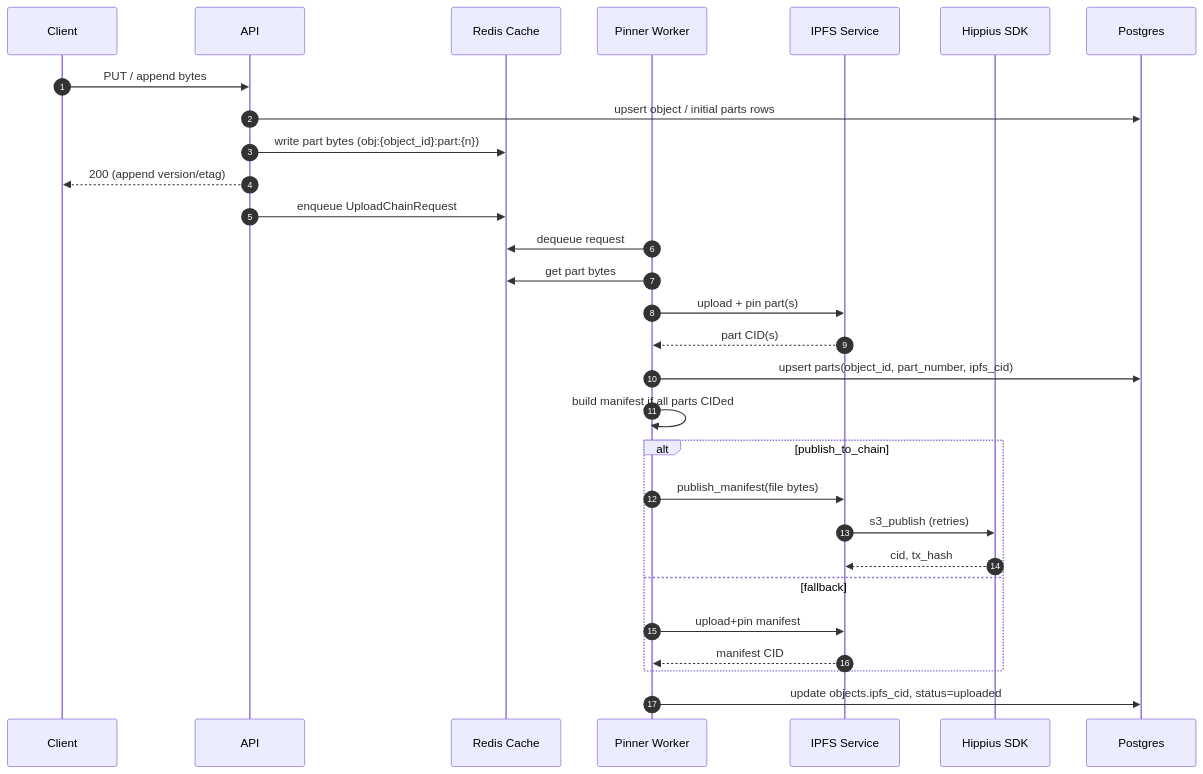
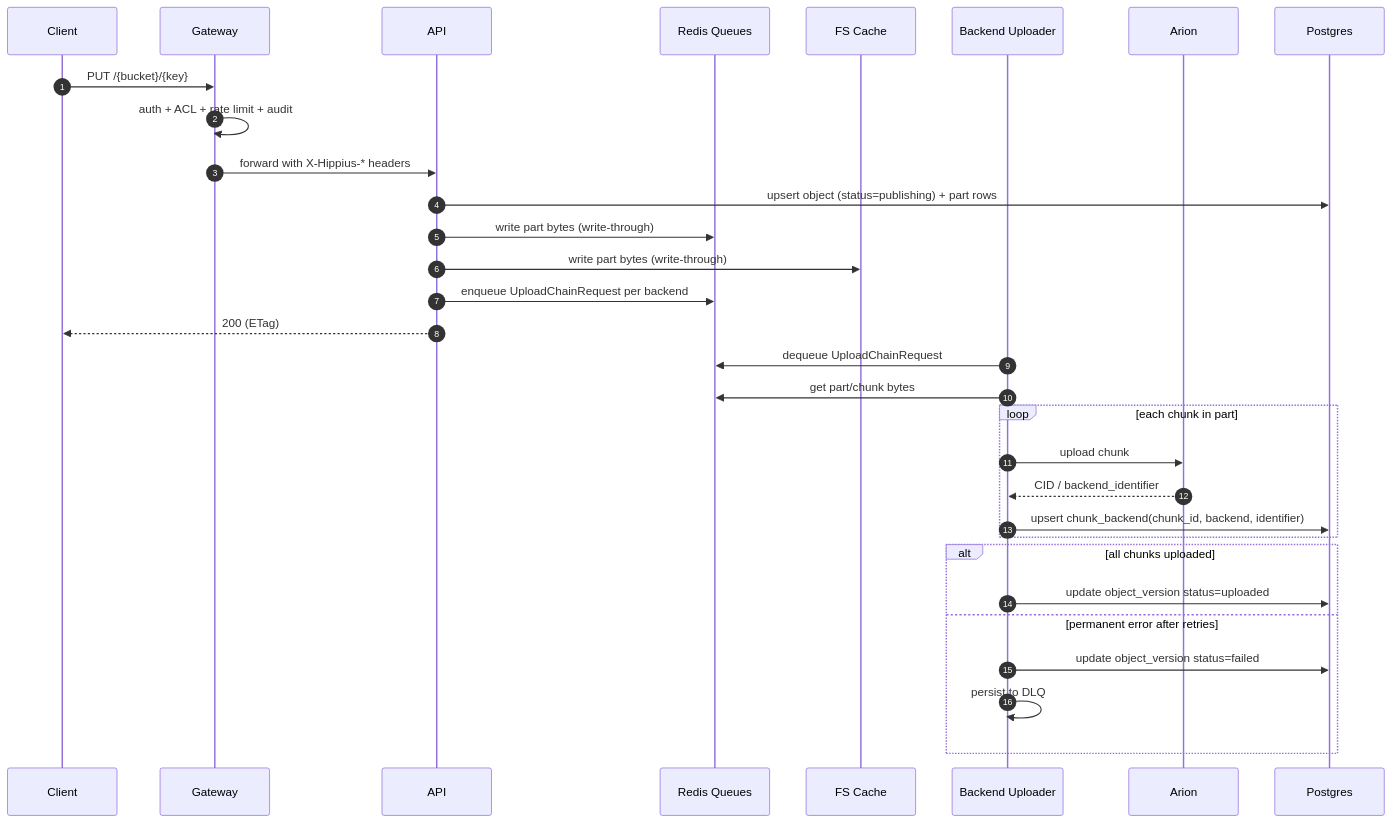
One commit to thenervelab/hippius-s3 changed the diagram in docs/sequence-upload-publish.md. Above: the diagram before and after it, drawn with Mermaid. The commit also changed other lines of this file and 11 other files, not shown here.

````diff
--- a/docs/sequence-upload-publish.md
+++ b/docs/sequence-upload-publish.md
@@ -3,33 +3,35 @@
 ```mermaid
 sequenceDiagram
     autonumber
     participant Client
+    participant Gateway
     participant API
-    participant Redis as Redis Cache
-    participant Pinner as Pinner Worker
-    participant IPFS as IPFS Service
-    participant SDK as Hippius SDK
+    participant Redis as Redis Queues
+    participant FSCache as FS Cache
+    participant Worker as Backend Uploader
+    participant Backend as Arion
     participant DB as Postgres
 
-    Client->>API: PUT / append bytes
-    API->>DB: upsert object / initial parts rows
-    API->>Redis: write part bytes (obj:{object_id}:part:{n})
-    API-->>Client: 200 (append version/etag)
-    API->>Redis: enqueue UploadChainRequest
+    Client->>Gateway: PUT /{bucket}/{key}
+    Gateway->>Gateway: auth + ACL + rate limit + audit
+    Gateway->>API: forward with X-Hippius-* headers
+    API->>DB: upsert object (status=publishing) + part rows
+    API->>Redis: write part bytes (write-through)
+    API->>FSCache: write part bytes (write-through)
+    API->>Redis: enqueue UploadChainRequest per backend
+    API-->>Client: 200 (ETag)
 
-    Pinner->>Redis: dequeue request
-    Pinner->>Redis: get part bytes
-    Pinner->>IPFS: upload + pin part(s)
-    IPFS-->>Pinner: part CID(s)
-    Pinner->>DB: upsert parts(object_id, part_number, ipfs_cid)
-    Pinner->>Pinner: build manifest if all parts CIDed
-    alt publish_to_chain
-        Pinner->>IPFS: publish_manifest(file bytes)
-        IPFS->>SDK: s3_publish (retries)
-        SDK-->>IPFS: cid, tx_hash
-    else fallback
-        Pinner->>IPFS: upload+pin manifest
-        IPFS-->>Pinner: manifest CID
+    Worker->>Redis: dequeue UploadChainRequest
+    Worker->>Redis: get part/chunk bytes
+    loop each chunk in part
+        Worker->>Backend: upload chunk
+        Backend-->>Worker: CID / backend_identifier
+        Worker->>DB: upsert chunk_backend(chunk_id, backend, identifier)
     end
-    Pinner->>DB: update objects.ipfs_cid, status=uploaded
+    alt all chunks uploaded
+        Worker->>DB: update object_version status=uploaded
+    else permanent error after retries
+        Worker->>DB: update object_version status=failed
+        Worker->>Worker: persist to DLQ
+    end
 ```
````
